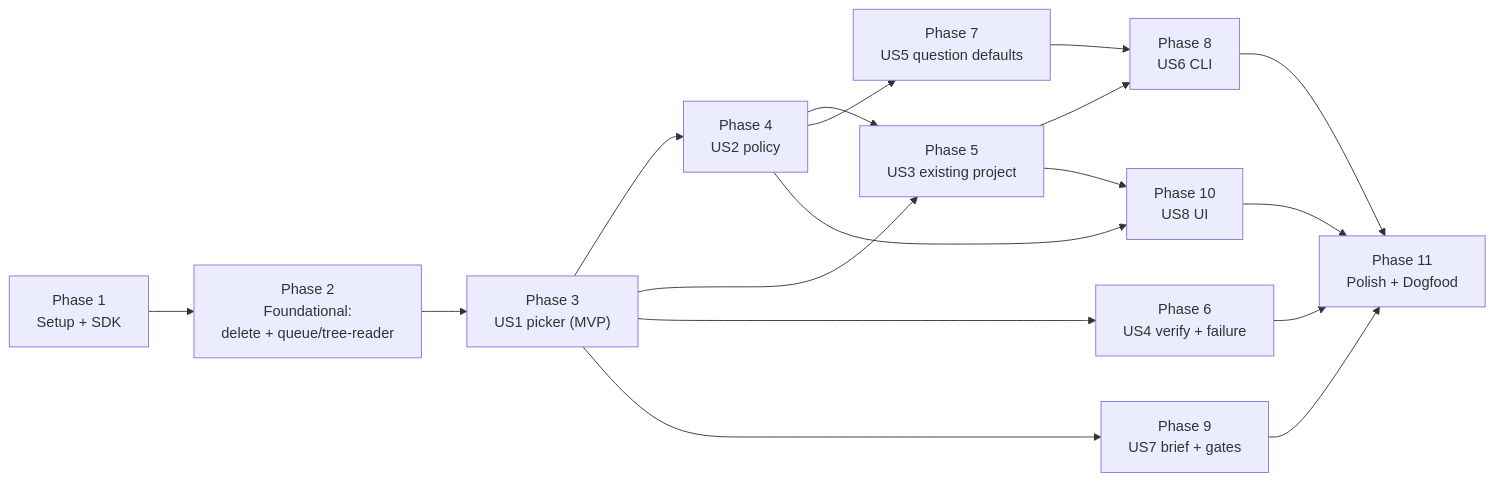
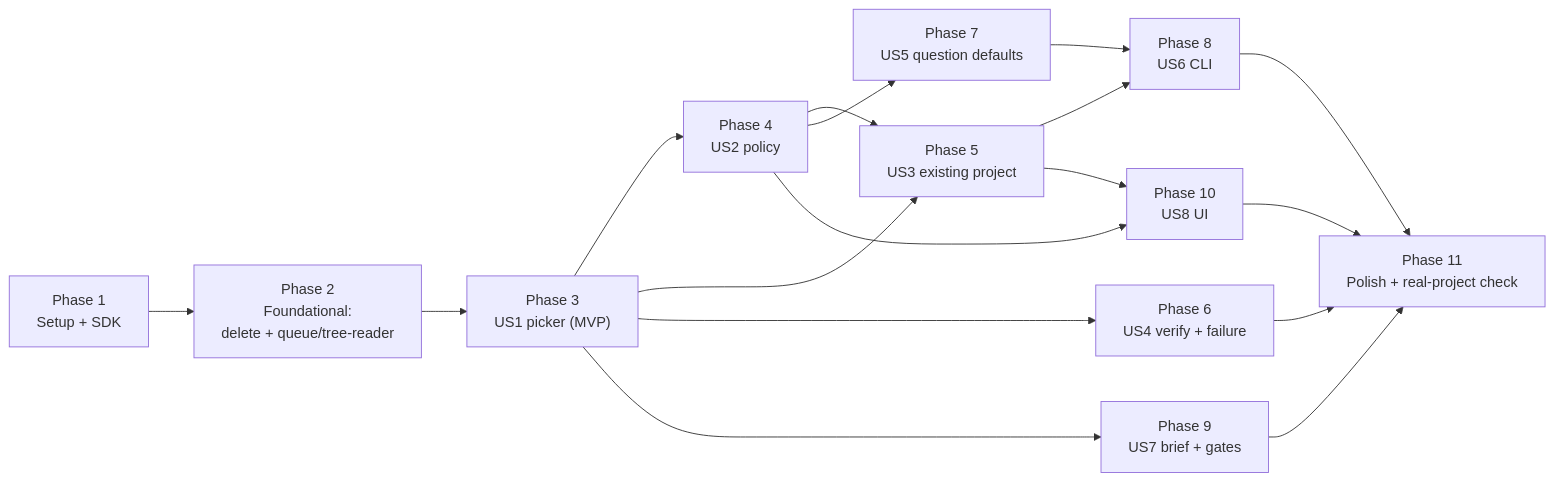
The diagram in specs/015-lean-core/tasks.md (lukaskellerstein/dex), drawn with Mermaid before and after one commit. The commit also changed other lines of this file and 11 other files, not shown here.

First line of the commit message:
Run the real-project check on a dex-ecommerce clone, not onion-demo-01 (T112, T113)

````diff
--- a/specs/015-lean-core/tasks.md
+++ b/specs/015-lean-core/tasks.md
@@ -314,19 +314,19 @@
 ```mermaid
 flowchart LR
   S["Phase 1<br/>Setup + SDK"] --> F["Phase 2<br/>Foundational:<br/>delete + queue/tree-reader"]
   F --> U1["Phase 3<br/>US1 picker (MVP)"]
   U1 --> U2["Phase 4<br/>US2 policy"]
   U1 --> U3["Phase 5<br/>US3 existing project"]
   U2 --> U3
   U1 --> U4["Phase 6<br/>US4 verify + failure"]
   U2 --> U5["Phase 7<br/>US5 question defaults"]
   U3 --> U6["Phase 8<br/>US6 CLI"]
   U5 --> U6
   U1 --> U7["Phase 9<br/>US7 brief + gates"]
   U2 --> U8["Phase 10<br/>US8 UI"]
   U3 --> U8
-  U6 --> P["Phase 11<br/>Polish + Dogfood"]
+  U6 --> P["Phase 11<br/>Polish + real-project check"]
   U7 --> P
   U8 --> P
   U4 --> P
 ```
````
